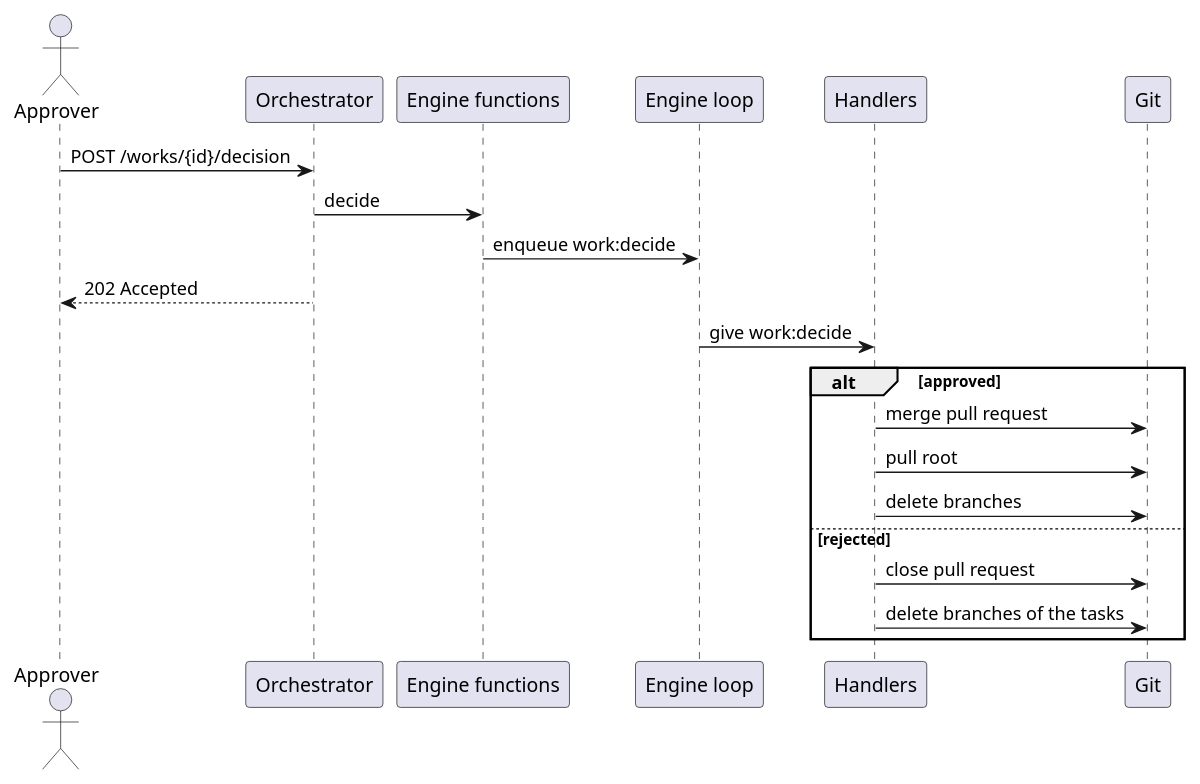
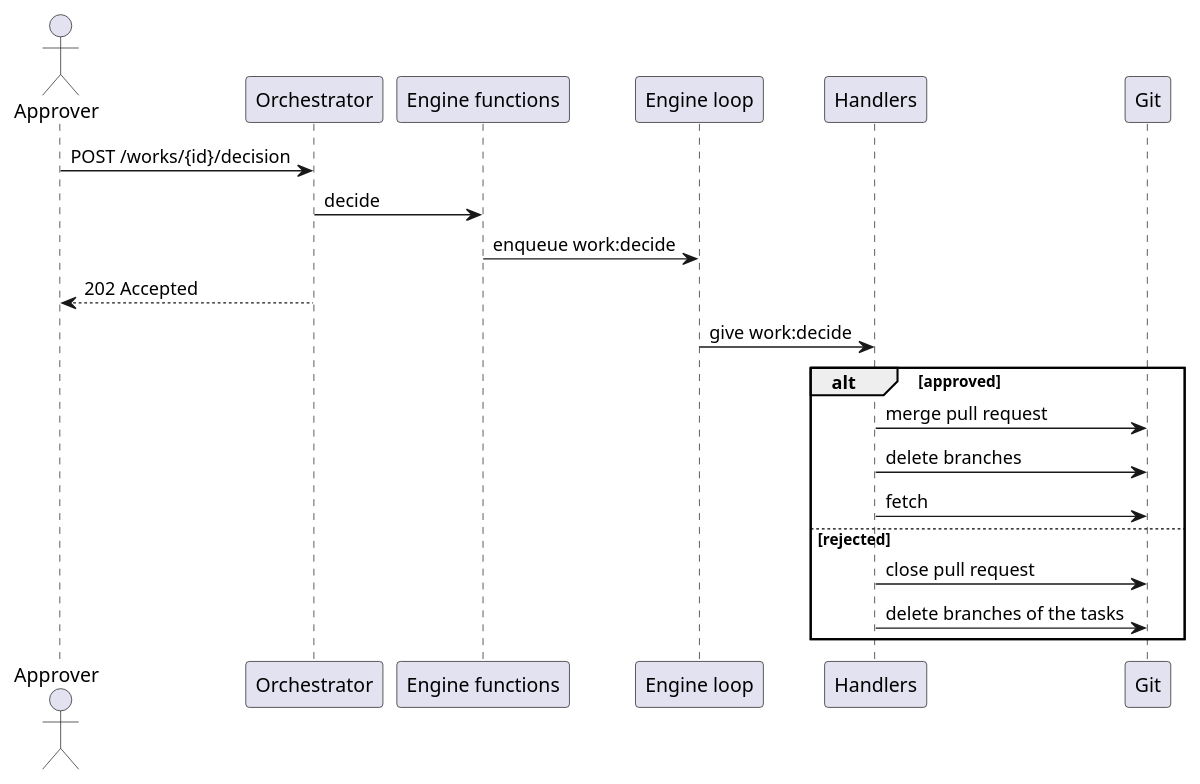
Before and after one commit to longlh/superteam: the second of 4 diagrams in docs/06_runtime/action-flow.md, drawn with PlantUML. The commit also changed other lines of this file and 32 other files, not shown here.

````diff
--- a/docs/06_runtime/action-flow.md
+++ b/docs/06_runtime/action-flow.md
@@ -132,24 +137,24 @@
 ```plantuml
 @startuml
 actor Approver
 participant "Orchestrator" as Orch
 participant "Engine functions" as Fn
 participant "Engine loop" as EL
 participant "Handlers" as Handler
 participant Git
 
 Approver -> Orch : POST /works/{id}/decision
 Orch -> Fn : decide
 Fn -> EL : enqueue work:decide
 Orch --> Approver : 202 Accepted
 EL -> Handler : give work:decide
 alt approved
   Handler -> Git : merge pull request
-  Handler -> Git : pull root
   Handler -> Git : delete branches
+  Handler -> Git : fetch
 else rejected
   Handler -> Git : close pull request
   Handler -> Git : delete branches of the tasks
 end
 @enduml
 ```
````
